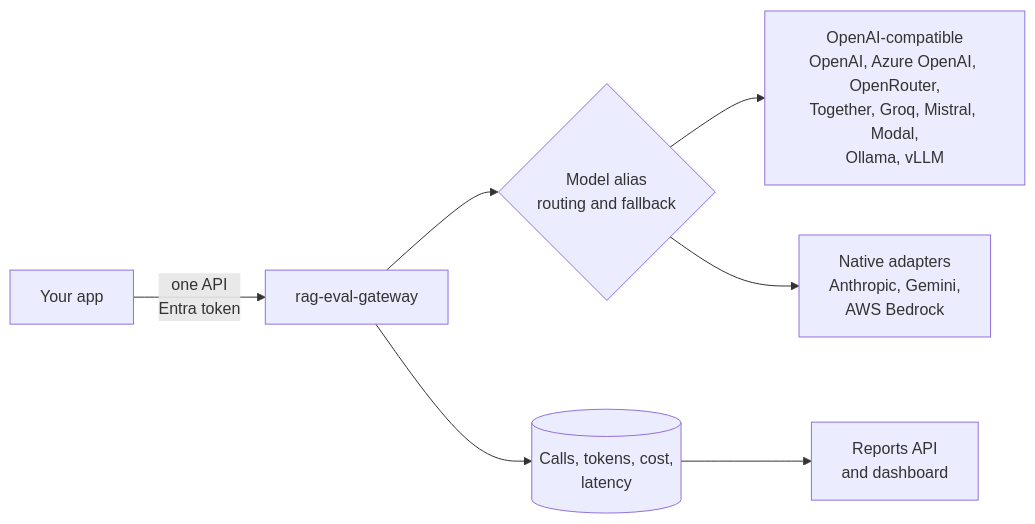
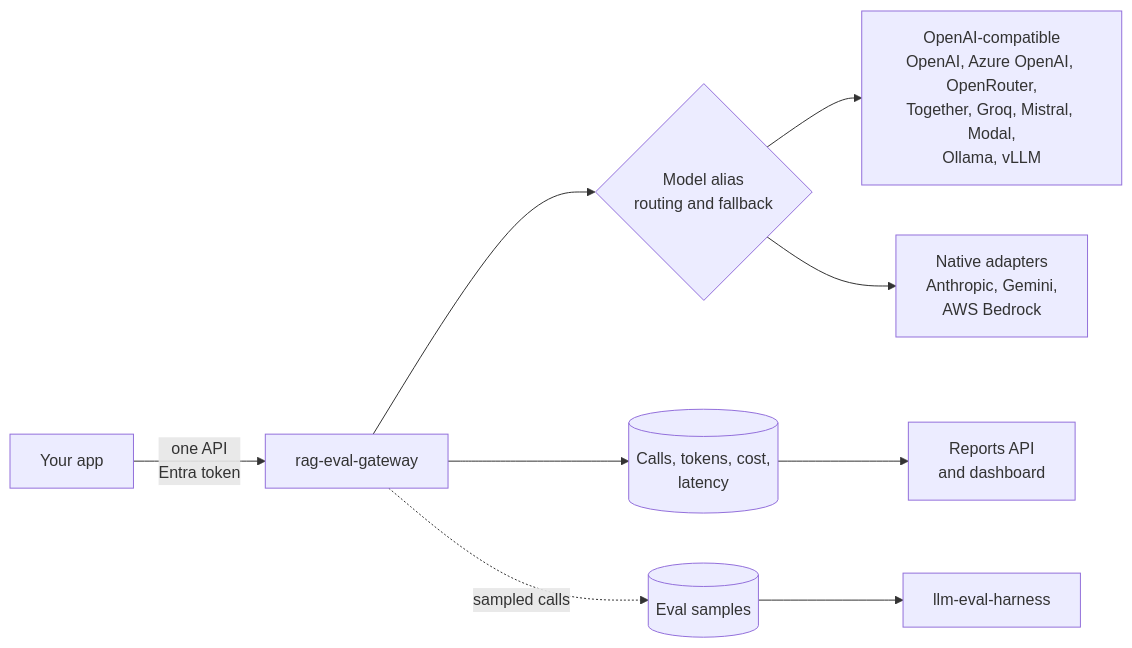
Before and after one commit to rmkr-dev/rag-eval-gateway: the diagram in README.md, drawn with Mermaid. The commit also changed other lines of this file and 4 other files, not shown here.

````diff
--- a/README.md
+++ b/README.md
@@ -10,9 +10,10 @@
 ```mermaid
 flowchart LR
     App[Your app] -->|one API<br/>Entra token| GW[rag-eval-gateway]
     GW --> R{Model alias<br/>routing and fallback}
     R --> OC[OpenAI-compatible<br/>OpenAI, Azure OpenAI, OpenRouter,<br/>Together, Groq, Mistral, Modal,<br/>Ollama, vLLM]
     R --> N[Native adapters<br/>Anthropic, Gemini,<br/>AWS Bedrock]
     GW --> DB[(Calls, tokens, cost,<br/>latency)]
     DB --> Rep[Reports API<br/>and dashboard]
+    GW -. sampled calls .-> Ev[(Eval samples)] --> H[llm-eval-harness]
 ```
````
